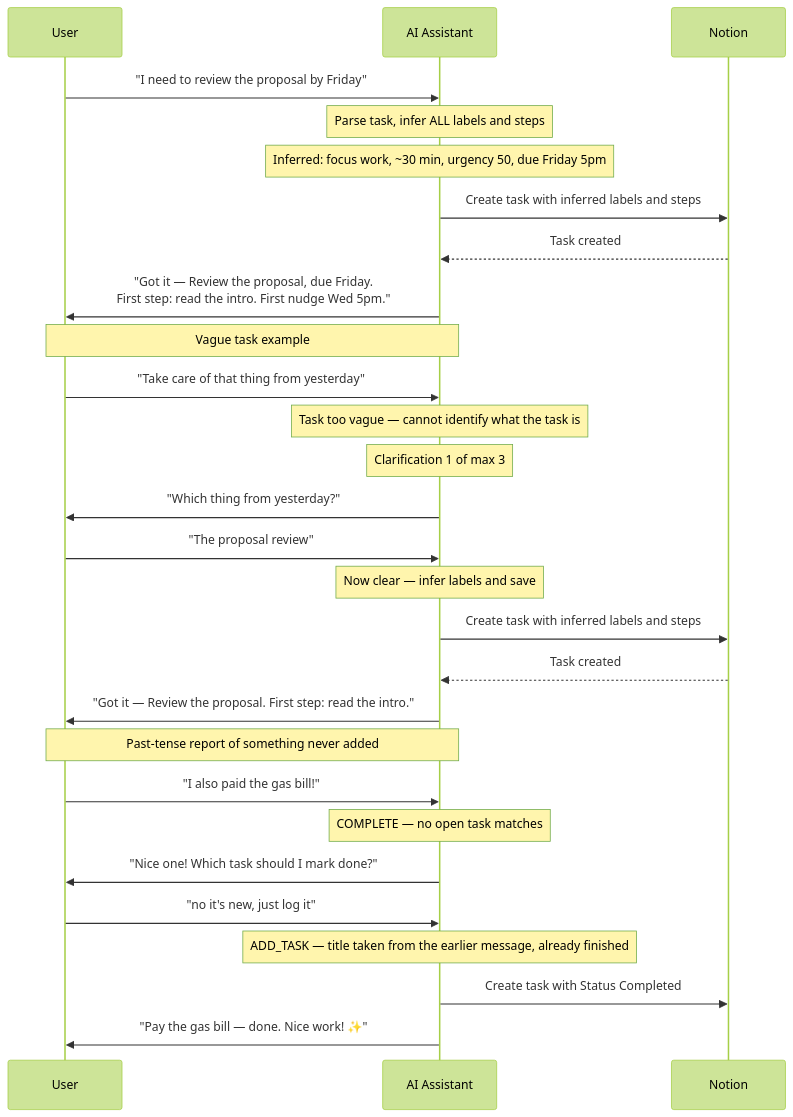
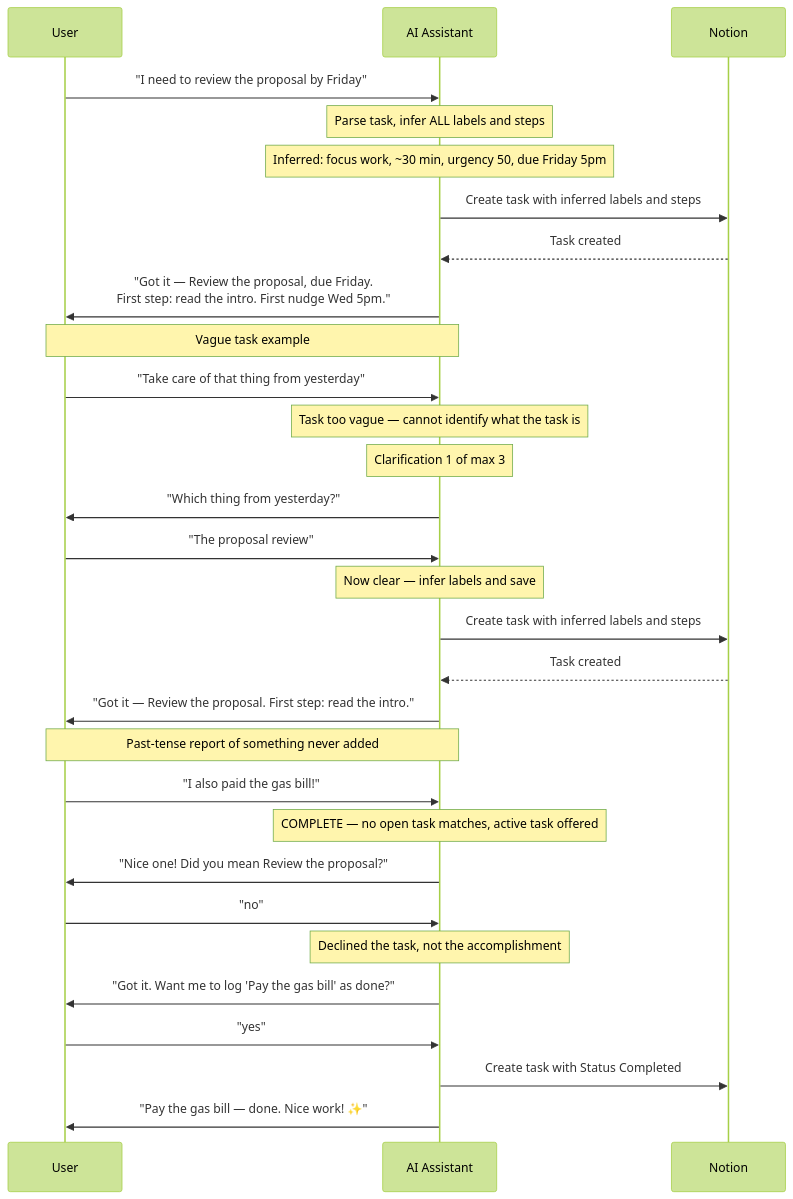
One commit to NickBorgersProbably/hide-my-list changed the second of 28 diagrams in docs/user-interactions.md. Above: the diagram before and after it, drawn with Mermaid (forest theme). The commit also changed other lines of this file and 17 other files, not shown here.

First line of the commit message:
fix(complete): recall-free unlisted-report flow; align intake schema

````diff
--- a/docs/user-interactions.md
+++ b/docs/user-interactions.md
@@ -52,41 +52,43 @@
 ```mermaid
 sequenceDiagram
     participant U as User
     participant AI as AI Assistant
     participant N as Notion
 
     U->>AI: "I need to review the proposal by Friday"
 
     Note over AI: Parse task, infer ALL labels and steps
     Note over AI: Inferred: focus work, ~30 min, urgency 50, due Friday 5pm
 
     AI->>N: Create task with inferred labels and steps
     N-->>AI: Task created
     AI->>U: "Got it — Review the proposal, due Friday.<br/>First step: read the intro. First nudge Wed 5pm."
 
     Note over U,AI: Vague task example
 
     U->>AI: "Take care of that thing from yesterday"
 
     Note over AI: Task too vague — cannot identify what the task is
     Note over AI: Clarification 1 of max 3
 
     AI->>U: "Which thing from yesterday?"
     U->>AI: "The proposal review"
 
     Note over AI: Now clear — infer labels and save
 
     AI->>N: Create task with inferred labels and steps
     N-->>AI: Task created
     AI->>U: "Got it — Review the proposal. First step: read the intro."
 
     Note over U,AI: Past-tense report of something never added
 
     U->>AI: "I also paid the gas bill!"
-    Note over AI: COMPLETE — no open task matches
-    AI->>U: "Nice one! Which task should I mark done?"
-    U->>AI: "no it's new, just log it"
-    Note over AI: ADD_TASK — title taken from the earlier message, already finished
+    Note over AI: COMPLETE — no open task matches, active task offered
+    AI->>U: "Nice one! Did you mean Review the proposal?"
+    U->>AI: "no"
+    Note over AI: Declined the task, not the accomplishment
+    AI->>U: "Got it. Want me to log 'Pay the gas bill' as done?"
+    U->>AI: "yes"
     AI->>N: Create task with Status Completed
     AI->>U: "Pay the gas bill — done. Nice work! ✨"
 ```
````
